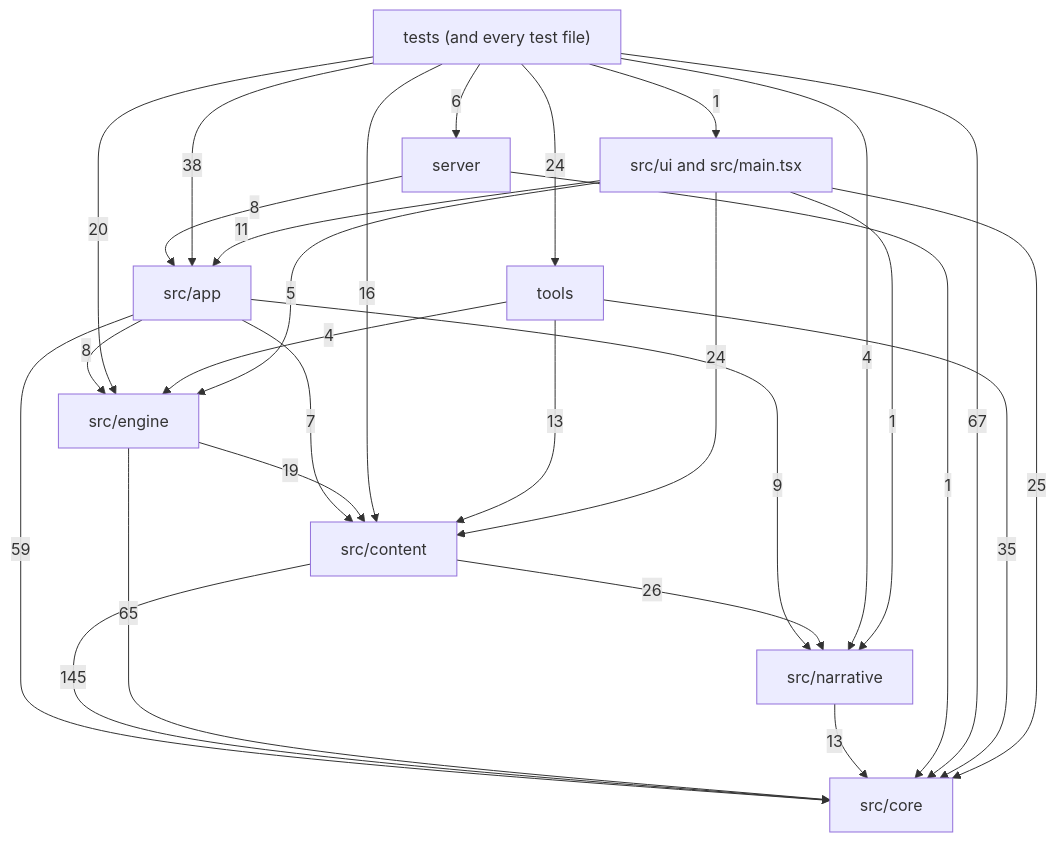
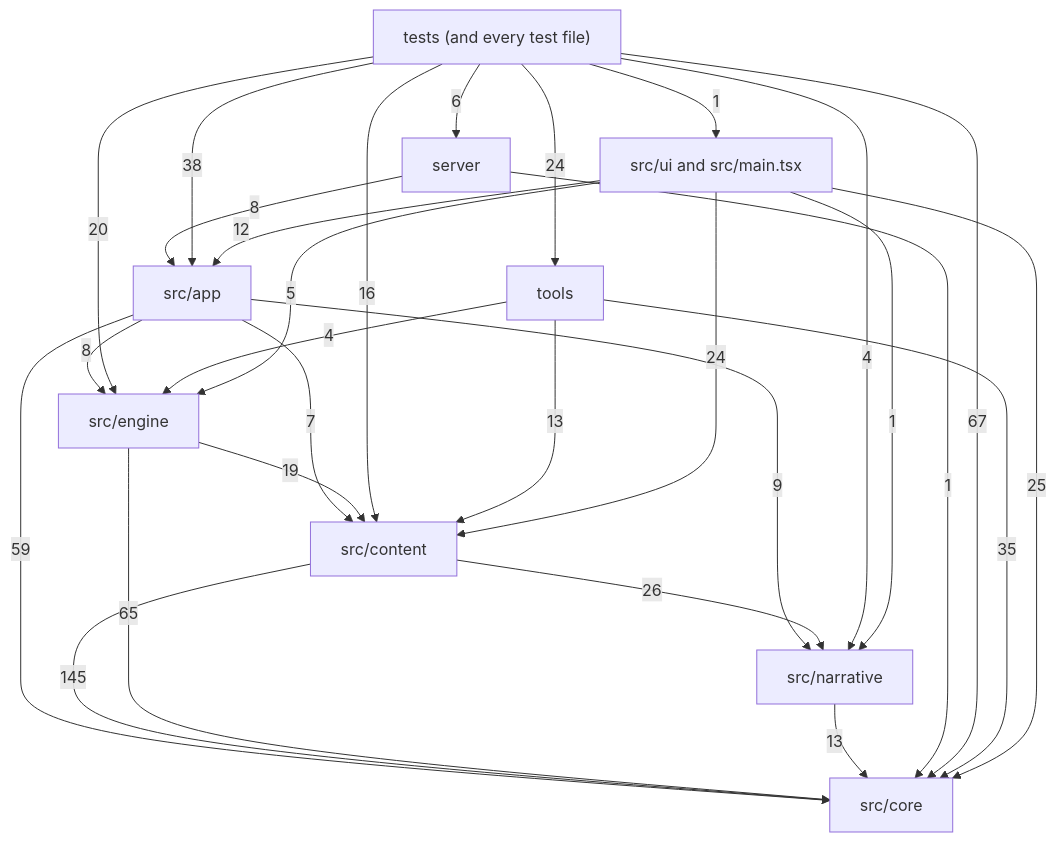
One commit to OrangeB0lt/Cyber-funk changed the diagram in docs/reference/code-map/README.md. Above: the diagram before and after it, drawn with Mermaid. The commit also changed other lines of this file and 10 other files, not shown here.

````diff
--- a/docs/reference/code-map/README.md
+++ b/docs/reference/code-map/README.md
@@ -29,39 +29,39 @@
 ```mermaid
 flowchart TD
   core["src/core"]
   narrative["src/narrative"]
   content["src/content"]
   engine["src/engine"]
   app["src/app"]
   ui["src/ui and src/main.tsx"]
   server["server"]
   tools["tools"]
   tests["tests (and every test file)"]
   app -->|7| content
   app -->|59| core
   app -->|8| engine
   app -->|9| narrative
   content -->|145| core
   content -->|26| narrative
   engine -->|19| content
   engine -->|65| core
   narrative -->|13| core
   server -->|8| app
   server -->|1| core
   tests -->|38| app
   tests -->|16| content
   tests -->|67| core
   tests -->|20| engine
   tests -->|4| narrative
   tests -->|6| server
   tests -->|24| tools
   tests -->|1| ui
   tools -->|13| content
   tools -->|35| core
   tools -->|4| engine
-  ui -->|11| app
+  ui -->|12| app
   ui -->|24| content
   ui -->|25| core
   ui -->|5| engine
   ui -->|1| narrative
 ```
````
